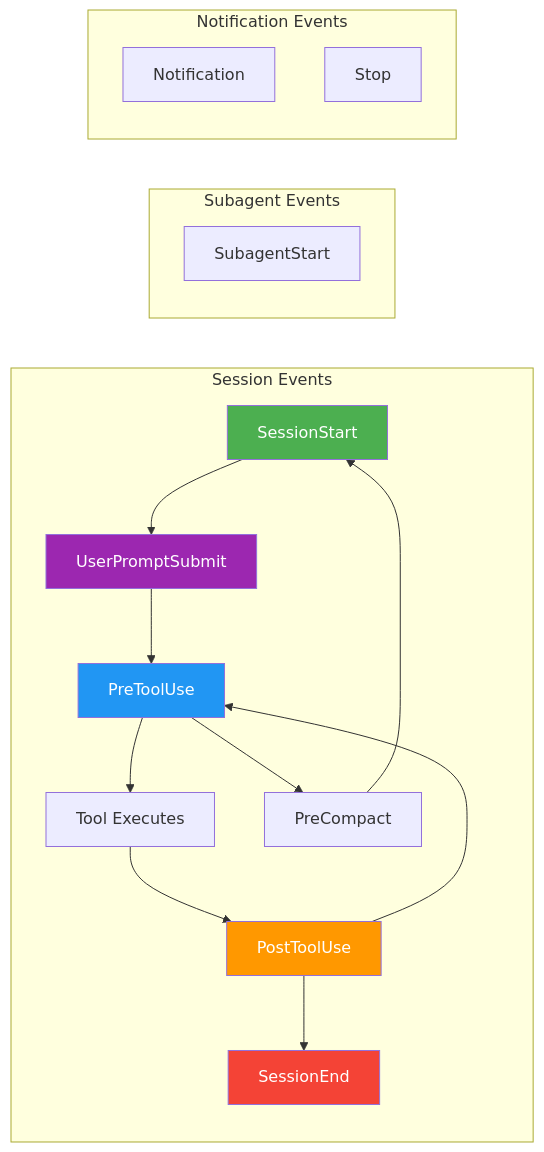
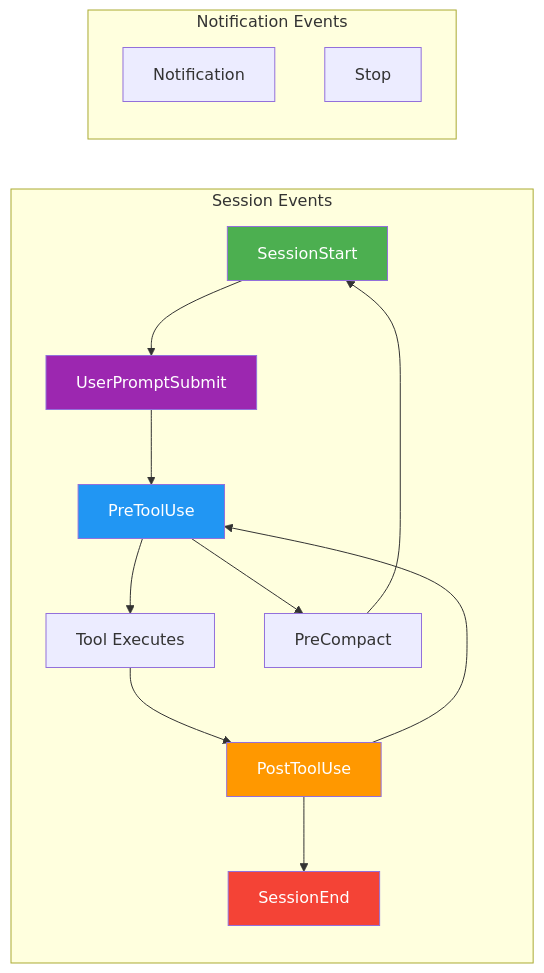
Before and after one commit to duc01226/easy-claude: the third of 20 diagrams in .claude/docs/claude-ai-agent-framework-guide.md, drawn with Mermaid. The commit also changed other lines of this file and 43 other files, not shown here.

````diff
--- a/.claude/docs/claude-ai-agent-framework-guide.md
+++ b/.claude/docs/claude-ai-agent-framework-guide.md
@@ -253,28 +253,26 @@
 ```mermaid
 graph LR
     subgraph "Session Events"
         SS[SessionStart] --> UPS[UserPromptSubmit]
         UPS --> PTU[PreToolUse]
         PTU --> TOOL[Tool Executes]
         TOOL --> POTU[PostToolUse]
         POTU --> PTU
         PTU --> PC[PreCompact]
         PC --> SS
         POTU --> SE[SessionEnd]
     end
 
-    subgraph "Subagent Events"
-        SAS[SubagentStart]
-    end
-
     subgraph "Notification Events"
         N[Notification]
         STOP[Stop]
     end
+
+    %% No SubagentStart hook — sub-agent context is static in agents/*.md
 
     style SS fill:#4CAF50,color:white
     style SE fill:#f44336,color:white
     style PTU fill:#2196F3,color:white
     style POTU fill:#FF9800,color:white
     style UPS fill:#9C27B0,color:white
 ```
````
